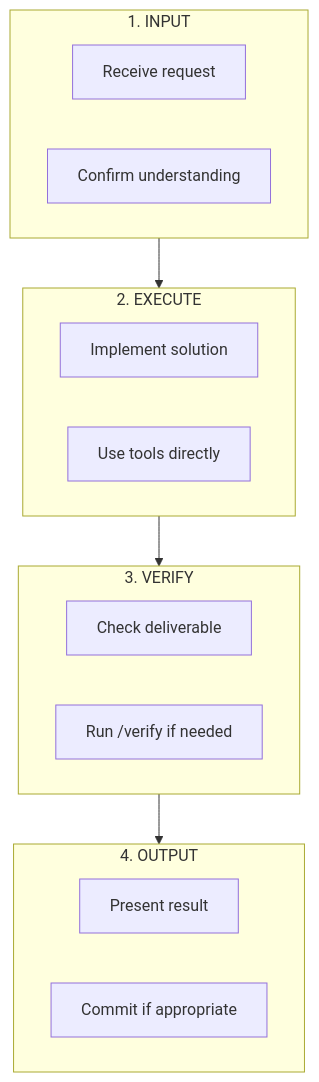
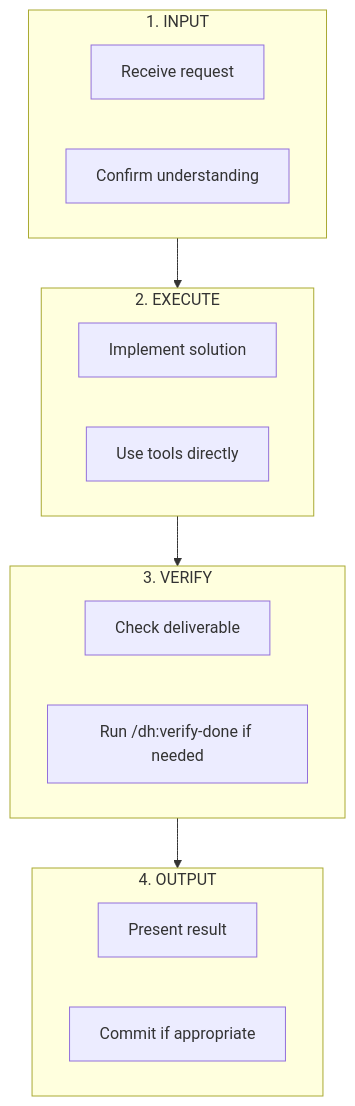
Before and after one commit to chgreer1070/claude_skills: the third of 9 diagrams in .claude/knowledge/workflow-diagrams/simple-task-workflow.md, drawn with Mermaid. The commit also changed other lines of this file and 34 other files, not shown here.

````diff
--- a/.claude/knowledge/workflow-diagrams/simple-task-workflow.md
+++ b/.claude/knowledge/workflow-diagrams/simple-task-workflow.md
@@ -60,24 +60,24 @@
 ```mermaid
 flowchart TB
     subgraph INPUT["1. INPUT"]
         I1["Receive request"]
         I2["Confirm understanding"]
     end
 
     subgraph EXECUTE["2. EXECUTE"]
         E1["Implement solution"]
         E2["Use tools directly"]
     end
 
     subgraph VERIFY["3. VERIFY"]
         V1["Check deliverable"]
-        V2["Run /verify if needed"]
+        V2["Run /dh:verify-done if needed"]
     end
 
     subgraph OUTPUT["4. OUTPUT"]
         O1["Present result"]
         O2["Commit if appropriate"]
     end
 
     INPUT --> EXECUTE --> VERIFY --> OUTPUT
 ```
````
